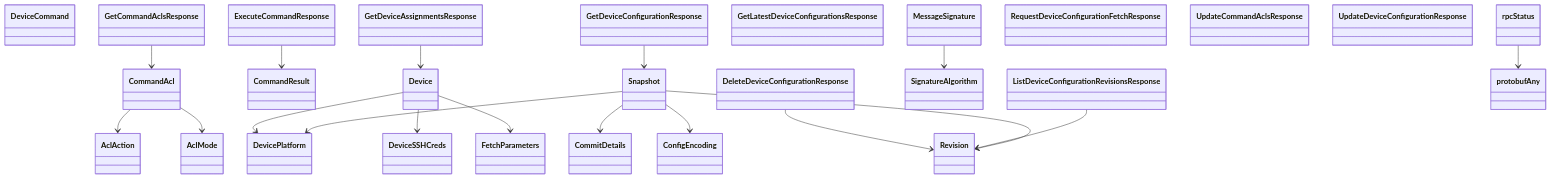
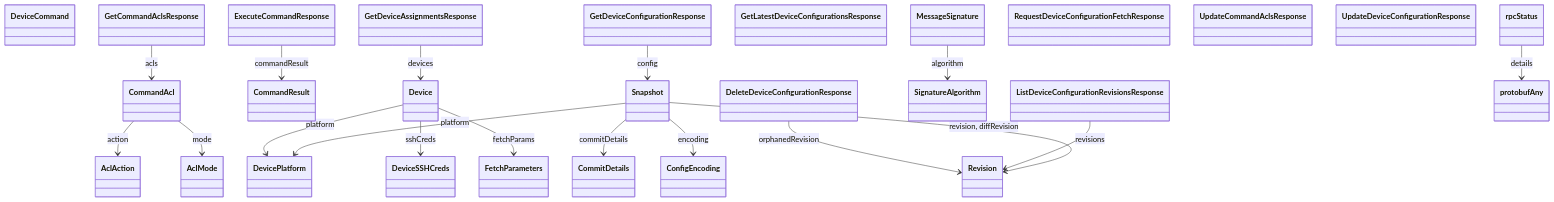
Before and after one commit to alexdearaujo/community_sdk_python: the diagram in docs/sphinx/services/deviceconf.md, drawn with Mermaid. The commit also changed other lines of this file and 129 other files, not shown here.

````diff
--- a/docs/sphinx/services/deviceconf.md
+++ b/docs/sphinx/services/deviceconf.md
@@ -15,47 +17,47 @@
 ```mermaid
 classDiagram
     class AclAction
     class AclMode
     class CommandAcl
     class CommandResult
     class CommitDetails
     class ConfigEncoding
     class DeleteDeviceConfigurationResponse
     class Device
     class DeviceCommand
     class DevicePlatform
     class DeviceSSHCreds
     class ExecuteCommandResponse
     class FetchParameters
     class GetCommandAclsResponse
     class GetDeviceAssignmentsResponse
     class GetDeviceConfigurationResponse
     class GetLatestDeviceConfigurationsResponse
     class ListDeviceConfigurationRevisionsResponse
     class MessageSignature
     class RequestDeviceConfigurationFetchResponse
     class Revision
     class SignatureAlgorithm
     class Snapshot
     class UpdateCommandAclsResponse
     class UpdateDeviceConfigurationResponse
     class protobufAny
     class rpcStatus
-    CommandAcl --> AclAction
-    CommandAcl --> AclMode
-    DeleteDeviceConfigurationResponse --> Revision
-    Device --> DevicePlatform
-    Device --> DeviceSSHCreds
-    Device --> FetchParameters
-    ExecuteCommandResponse --> CommandResult
-    GetCommandAclsResponse --> CommandAcl
-    GetDeviceAssignmentsResponse --> Device
-    GetDeviceConfigurationResponse --> Snapshot
-    ListDeviceConfigurationRevisionsResponse --> Revision
-    MessageSignature --> SignatureAlgorithm
-    Snapshot --> CommitDetails
-    Snapshot --> ConfigEncoding
-    Snapshot --> DevicePlatform
-    Snapshot --> Revision
-    rpcStatus --> protobufAny
+    CommandAcl --> AclAction : action
+    CommandAcl --> AclMode : mode
+    DeleteDeviceConfigurationResponse --> Revision : orphanedRevision
+    Device --> DevicePlatform : platform
+    Device --> DeviceSSHCreds : sshCreds
+    Device --> FetchParameters : fetchParams
+    ExecuteCommandResponse --> CommandResult : commandResult
+    GetCommandAclsResponse --> CommandAcl : acls
+    GetDeviceAssignmentsResponse --> Device : devices
+    GetDeviceConfigurationResponse --> Snapshot : config
+    ListDeviceConfigurationRevisionsResponse --> Revision : revisions
+    MessageSignature --> SignatureAlgorithm : algorithm
+    Snapshot --> CommitDetails : commitDetails
+    Snapshot --> ConfigEncoding : encoding
+    Snapshot --> DevicePlatform : platform
+    Snapshot --> Revision : revision, diffRevision
+    rpcStatus --> protobufAny : details
 ```
````
